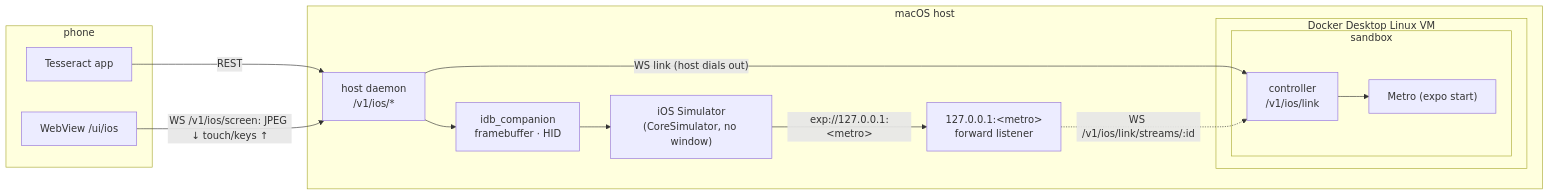
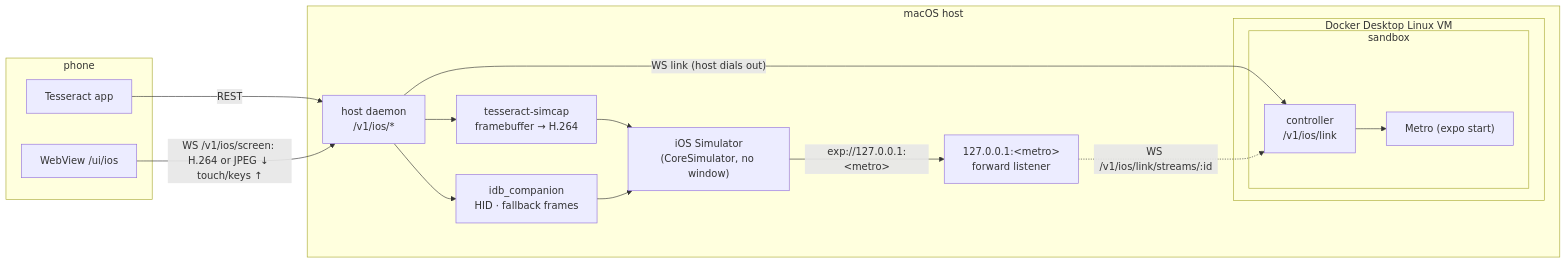
One commit to kevin-roan/tesseract changed the diagram in docs/architecture/ios-simulator-macos.md. Above: the diagram before and after it, drawn with Mermaid. The commit also changed other lines of this file and 485 other files, not shown here.

````diff
--- a/docs/architecture/ios-simulator-macos.md
+++ b/docs/architecture/ios-simulator-macos.md
@@ -18,25 +20,27 @@
 ```mermaid
 flowchart LR
   subgraph phone
     app["Tesseract app"]
     wv["WebView /ui/ios"]
   end
   subgraph mac["macOS host"]
     hd["host daemon<br/>/v1/ios/*"]
-    idb["idb_companion<br/>framebuffer · HID"]
+    simcap["tesseract-simcap<br/>framebuffer → H.264"]
+    idb["idb_companion<br/>HID · fallback frames"]
     sim["iOS Simulator<br/>(CoreSimulator, no window)"]
     fwd["127.0.0.1:&lt;metro&gt;<br/>forward listener"]
     subgraph dd["Docker Desktop Linux VM"]
       subgraph sandbox
         ctl["controller<br/>/v1/ios/link"]
         metro["Metro (expo start)"]
       end
     end
   end
   app -->|REST| hd
-  wv -->|"WS /v1/ios/screen: JPEG ↓ touch/keys ↑"| hd
+  wv -->|"WS /v1/ios/screen: H.264 or JPEG ↓ touch/keys ↑"| hd
   hd -->|"WS link (host dials out)"| ctl
+  hd --> simcap --> sim
   hd --> idb --> sim
   sim -->|"exp://127.0.0.1:&lt;metro&gt;"| fwd
   fwd -.->|"WS /v1/ios/link/streams/:id"| ctl --> metro
 ```
````
